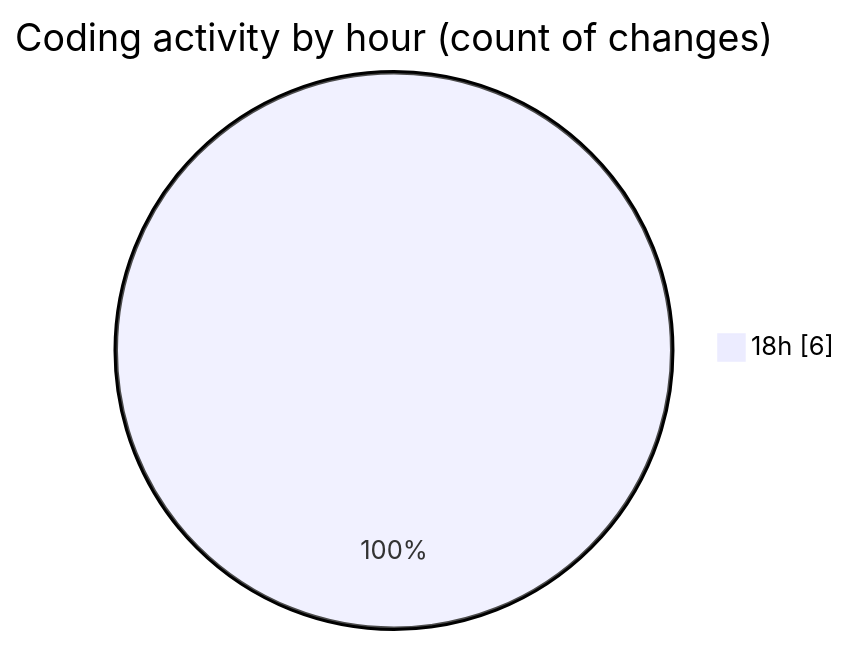
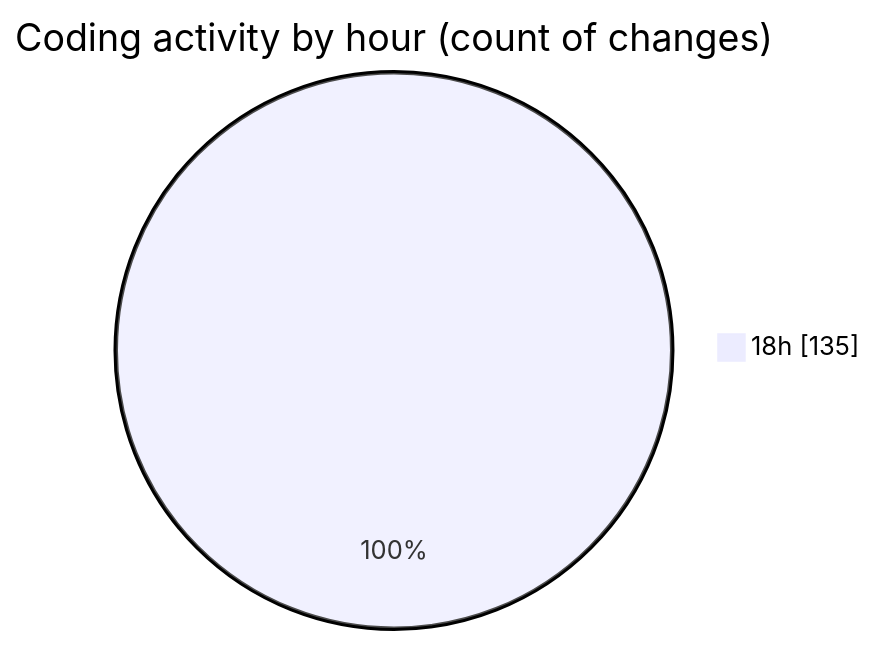
Before and after one commit to charlie-sans/code-tracking: the second of 2 diagrams in 2025-02-23/konsole/README.md, drawn with Mermaid. The commit also changed other lines of this file and 1 other file, not shown here.

````diff
--- a/2025-02-23/konsole/README.md
+++ b/2025-02-23/konsole/README.md
@@ -33,5 +35,5 @@
 ```mermaid
 pie showData
 title Coding activity by hour (count of changes)
-"18h" : 6
+"18h" : 135
 ```
````
